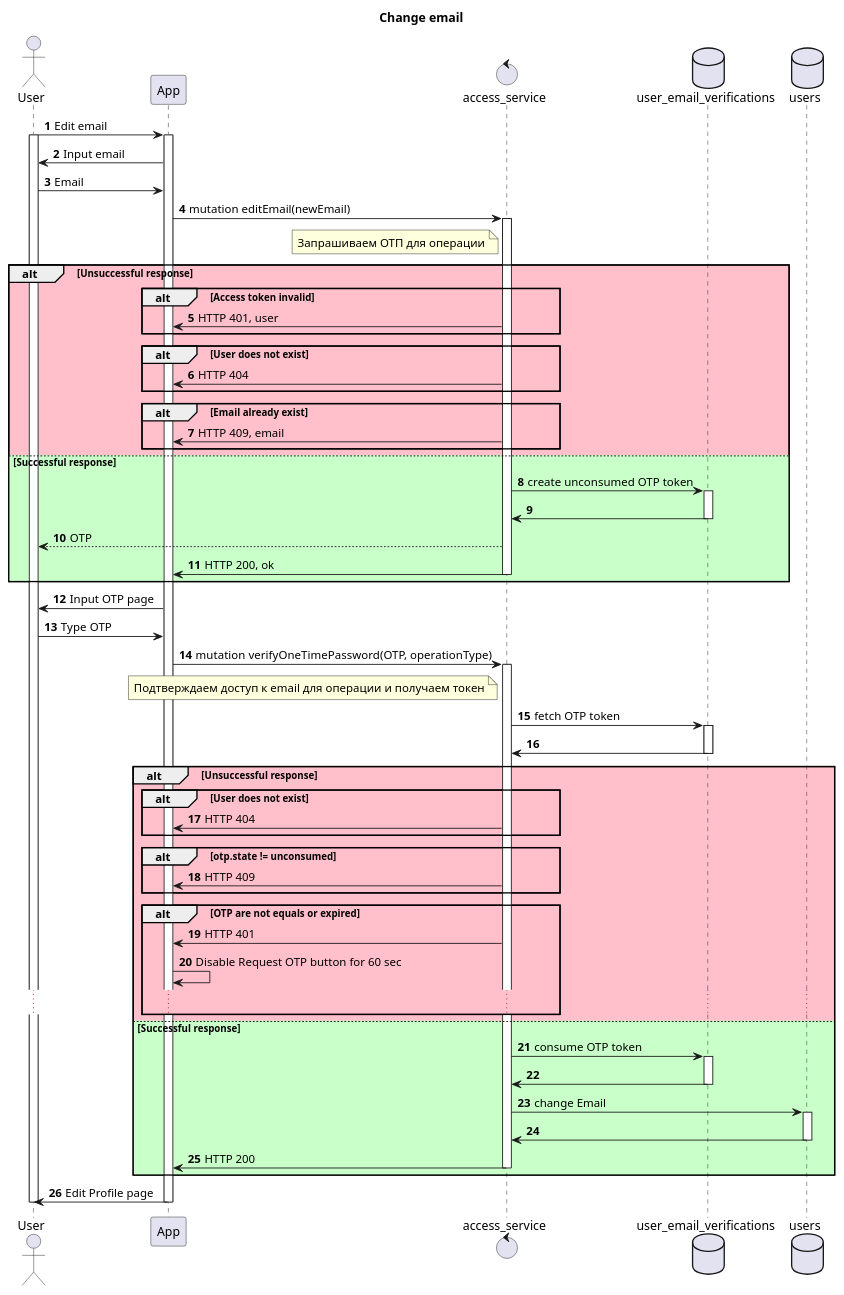
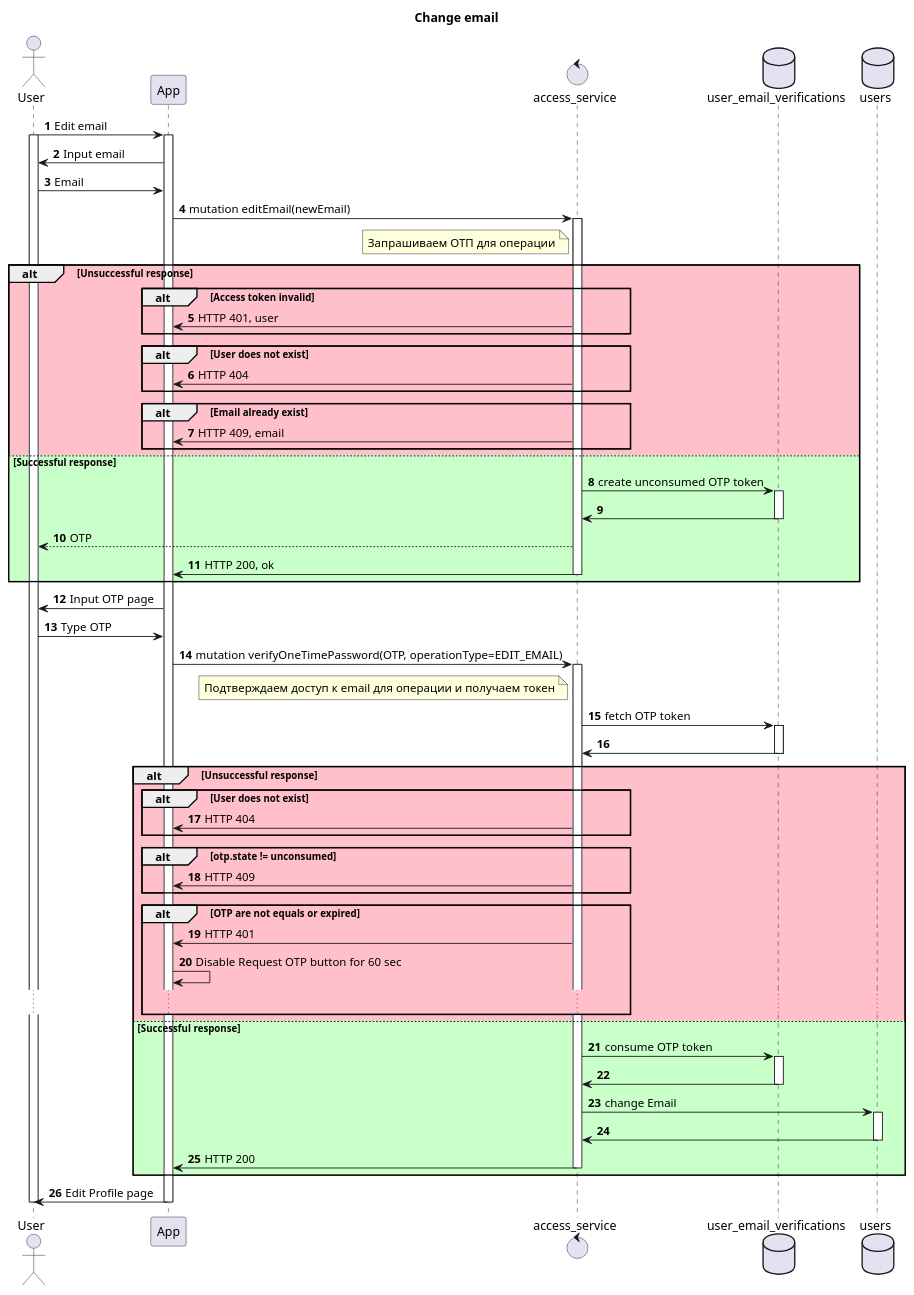
Before and after one commit to algruwork/work: the diagram in schemas/change_email_to_be.puml, drawn with PlantUML. The commit also changed 1 other file, not shown here.

Commit message:
add operationType values

```diff
--- a/schemas/change_email_to_be.puml
+++ b/schemas/change_email_to_be.puml
@@ -1,92 +1,92 @@
 @startuml
 actor User as U
 participant App as GUI
 control access_service as AC
 database user_email_verifications as UMVT
 database users as UD
 
 title "Change email"
 autonumber
 U -> GUI: Edit email
 activate U
 activate GUI
 GUI -> U: Input email
 U -> GUI: Email
 GUI -> AC: mutation editEmail(newEmail)
 note left AC
 Запрашиваем ОТП для операции
 end note
 activate AC
 
 alt #Pink Unsuccessful response
 
 alt #Pink Access token invalid
 AC -> GUI: HTTP 401, user
 end
 
 alt #Pink User does not exist
 AC -> GUI: HTTP 404
 end
 
 alt #Pink Email already exist
 AC -> GUI: HTTP 409, email
 end
 
 else #Technology Successful response
 AC -> UMVT: create unconsumed OTP token
 
 activate UMVT
 UMVT -> AC:
 deactivate UMVT
 AC --> U: OTP
 AC -> GUI: HTTP 200, ok
 deactivate AC
 end
 
 GUI -> U: Input OTP page
 U -> GUI: Type OTP
-GUI -> AC: mutation verifyOneTimePassword(OTP, operationType)
+GUI -> AC: mutation verifyOneTimePassword(OTP, operationType=EDIT_EMAIL)
 note left AC
 Подтверждаем доступ к email для операции и получаем токен
 end note
 
 activate AC
 AC -> UMVT: fetch OTP token
 activate UMVT
 UMVT -> AC:
 deactivate UMVT
 
 alt #Pink Unsuccessful response
 
 alt #Pink User does not exist
 AC -> GUI: HTTP 404
 end
 
 alt #Pink otp.state != unconsumed
 AC -> GUI: HTTP 409
 end
 
 alt #Pink OTP are not equals or expired
 AC -> GUI: HTTP 401
 GUI -> GUI: Disable Request OTP button for 60 sec
 ...
 end
 
 
 else #Technology Successful response
 AC -> UMVT: consume OTP token
 activate UMVT
 UMVT -> AC:
 deactivate UMVT
 AC -> UD: change Email
 activate UD
 UD -> AC:
 deactivate UD
 AC -> GUI: HTTP 200
 deactivate AC
 end
 
 GUI -> U: Edit Profile page
 deactivate GUI
 deactivate U
 @enduml
```
